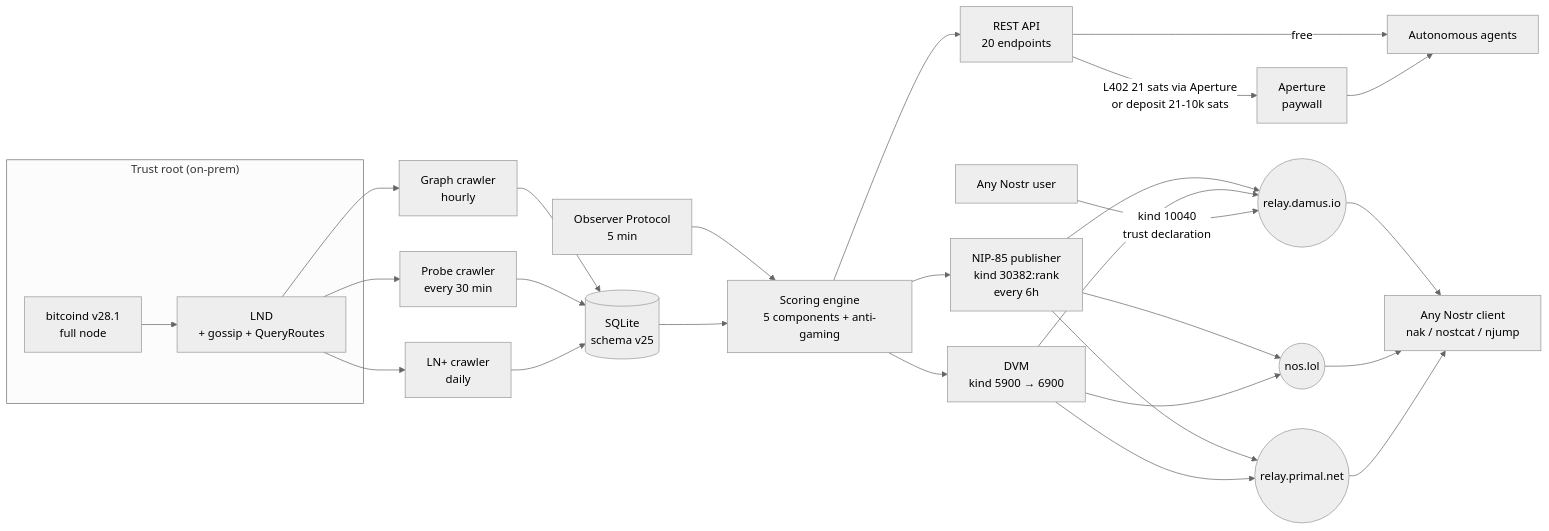
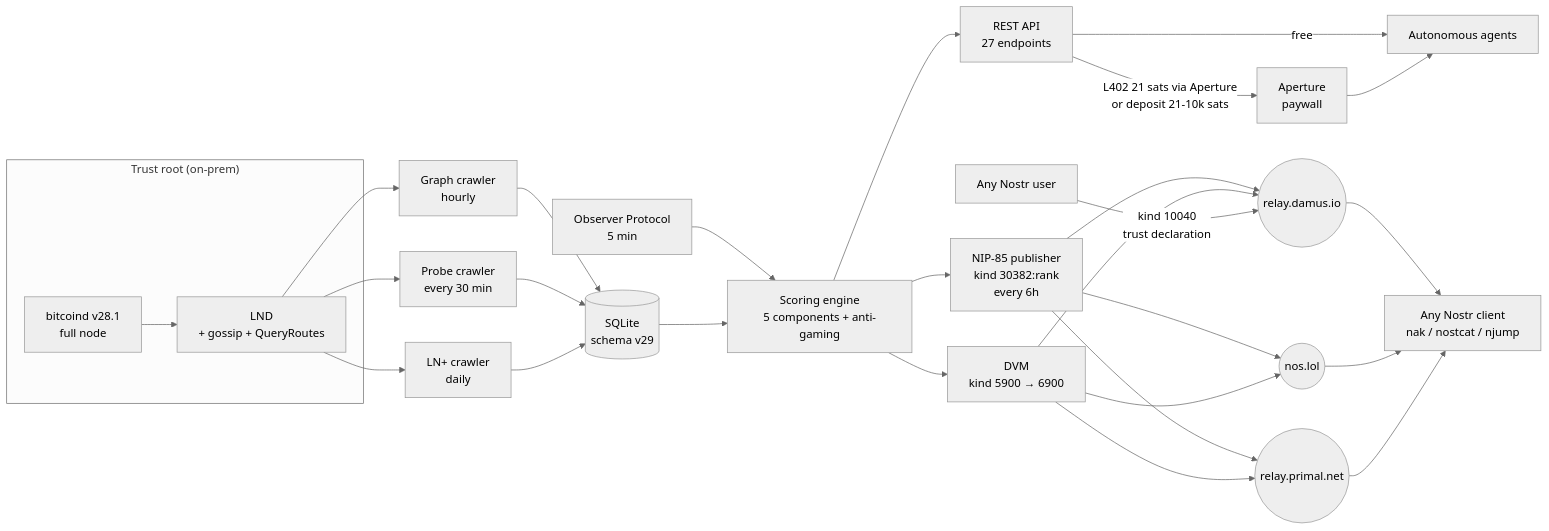
The diagram in README.md (proofoftrust21/satrank), drawn with Mermaid (neutral theme) before and after one commit. The commit also changed other lines of this file and 6 other files, not shown here.

````diff
--- a/README.md
+++ b/README.md
@@ -97,38 +97,38 @@
 ```mermaid
 flowchart LR
   subgraph Trust_Root["Trust root (on-prem)"]
     BTC[bitcoind v28.1<br/>full node]
     LND[LND<br/>+ gossip + QueryRoutes]
   end
 
   BTC --> LND
   LND --> GC[Graph crawler<br/>hourly]
   LND --> PC[Probe crawler<br/>every 30 min]
   LND --> LP[LN+ crawler<br/>daily]
   OBS[Observer Protocol<br/>5 min] --> SE
 
-  GC --> DB[(SQLite<br/>schema v25)]
+  GC --> DB[(SQLite<br/>schema v29)]
   PC --> DB
   LP --> DB
 
   DB --> SE[Scoring engine<br/>5 components + anti-gaming]
-  SE --> API[REST API<br/>20 endpoints]
+  SE --> API[REST API<br/>27 endpoints]
   SE --> NP[NIP-85 publisher<br/>kind 30382:rank<br/>every 6h]
   SE --> DVM[DVM<br/>kind 5900 → 6900]
 
   NP --> R1((relay.damus.io))
   NP --> R2((nos.lol))
   NP --> R3((relay.primal.net))
   DVM --> R1
   DVM --> R2
   DVM --> R3
 
   API -->|free| Agents
   API -->|L402 21 sats via Aperture<br/>or deposit 21-10k sats| L402[Aperture<br/>paywall]
   L402 --> Agents[Autonomous agents]
   R1 --> Clients[Any Nostr client<br/>nak / nostcat / njump]
   R2 --> Clients
   R3 --> Clients
 
   User[Any Nostr user] -->|kind 10040<br/>trust declaration| R1
 ```
````
